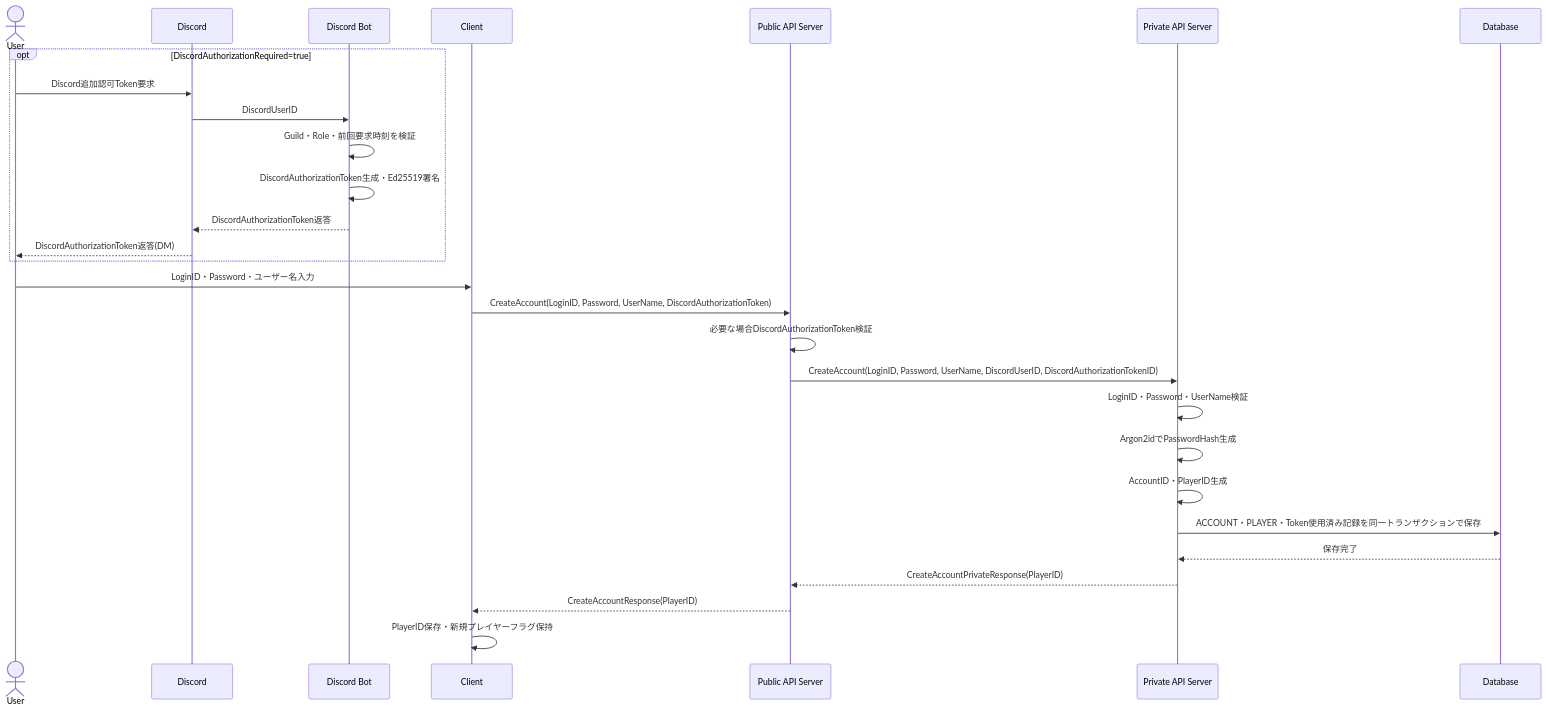
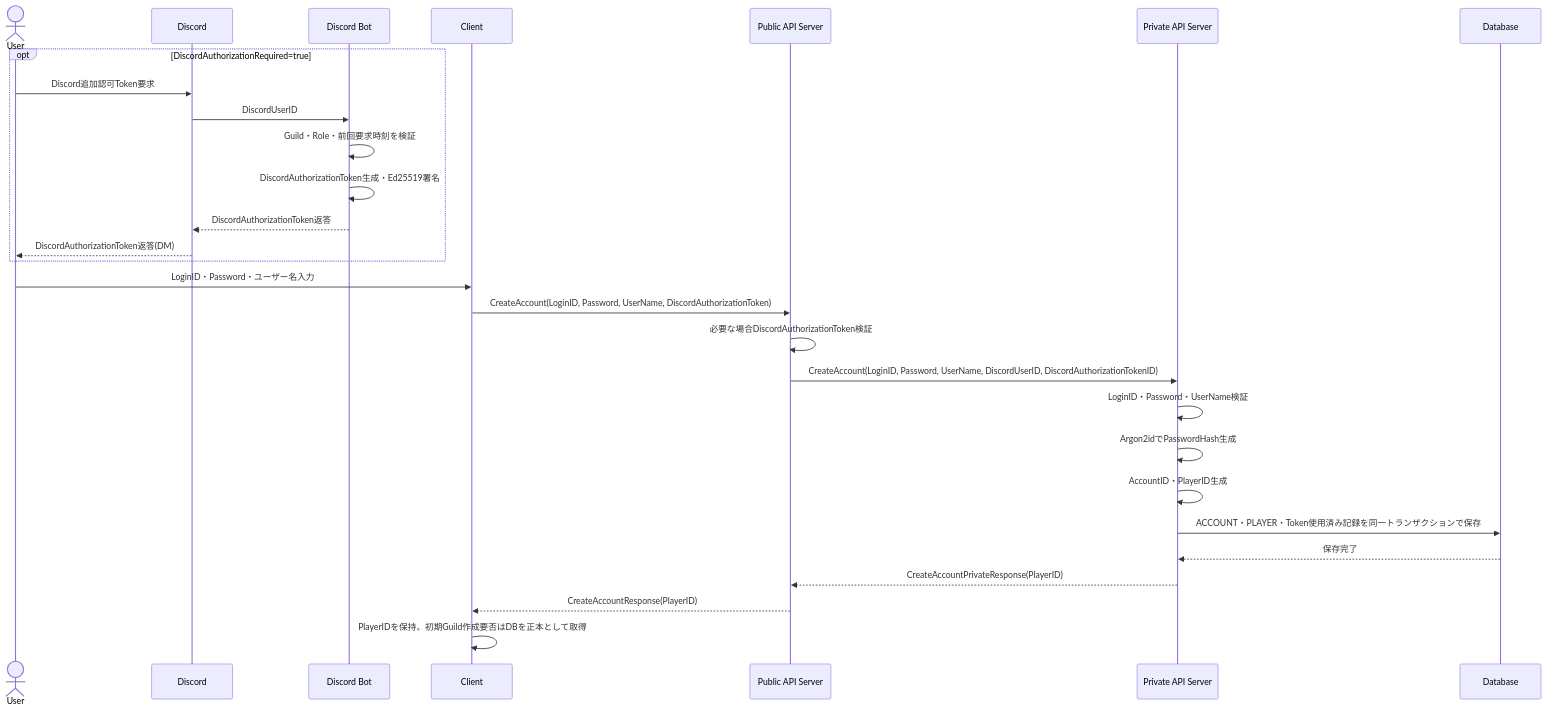
One commit to ReHydrangeaOdyssey/Specifications changed the first of 4 diagrams in design/server/session.md. Above: the diagram before and after it, drawn with Mermaid. The commit also changed other lines of this file and 29 other files, not shown here.

````diff
--- a/design/server/session.md
+++ b/design/server/session.md
@@ -134,32 +134,32 @@
 ```mermaid
 sequenceDiagram
     actor User
     participant Discord
     participant DiscordBot as Discord Bot
     participant Client
     participant PublicAPIServer as Public API Server
     participant PrivateAPIServer as Private API Server
     participant Database
 
     opt DiscordAuthorizationRequired=true
         User->>Discord: Discord追加認可Token要求
         Discord->>DiscordBot: DiscordUserID
         DiscordBot->>DiscordBot: Guild・Role・前回要求時刻を検証
         DiscordBot->>DiscordBot: DiscordAuthorizationToken生成・Ed25519署名
         DiscordBot-->>Discord: DiscordAuthorizationToken返答
         Discord-->>User: DiscordAuthorizationToken返答(DM)
     end
 
     User->>Client: LoginID・Password・ユーザー名入力
     Client->>PublicAPIServer: CreateAccount(LoginID, Password, UserName, DiscordAuthorizationToken)
     PublicAPIServer->>PublicAPIServer: 必要な場合DiscordAuthorizationToken検証
     PublicAPIServer->>PrivateAPIServer: CreateAccount(LoginID, Password, UserName, DiscordUserID, DiscordAuthorizationTokenID)
     PrivateAPIServer->>PrivateAPIServer: LoginID・Password・UserName検証
     PrivateAPIServer->>PrivateAPIServer: Argon2idでPasswordHash生成
     PrivateAPIServer->>PrivateAPIServer: AccountID・PlayerID生成
     PrivateAPIServer->>Database: ACCOUNT・PLAYER・Token使用済み記録を同一トランザクションで保存
     Database-->>PrivateAPIServer: 保存完了
     PrivateAPIServer-->>PublicAPIServer: CreateAccountPrivateResponse(PlayerID)
     PublicAPIServer-->>Client: CreateAccountResponse(PlayerID)
-    Client->>Client: PlayerID保存・新規プレイヤーフラグ保持
+    Client->>Client: PlayerIDを保持。初期Guild作成要否はDBを正本として取得
 ```
````
